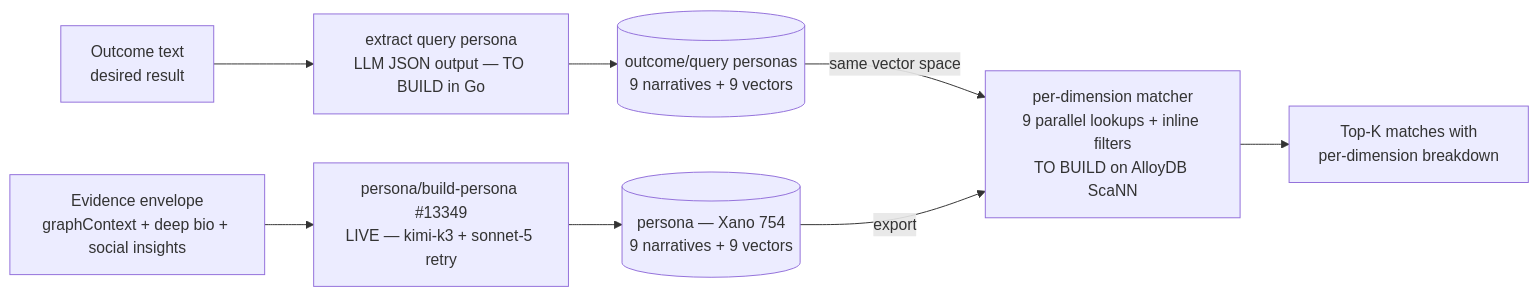
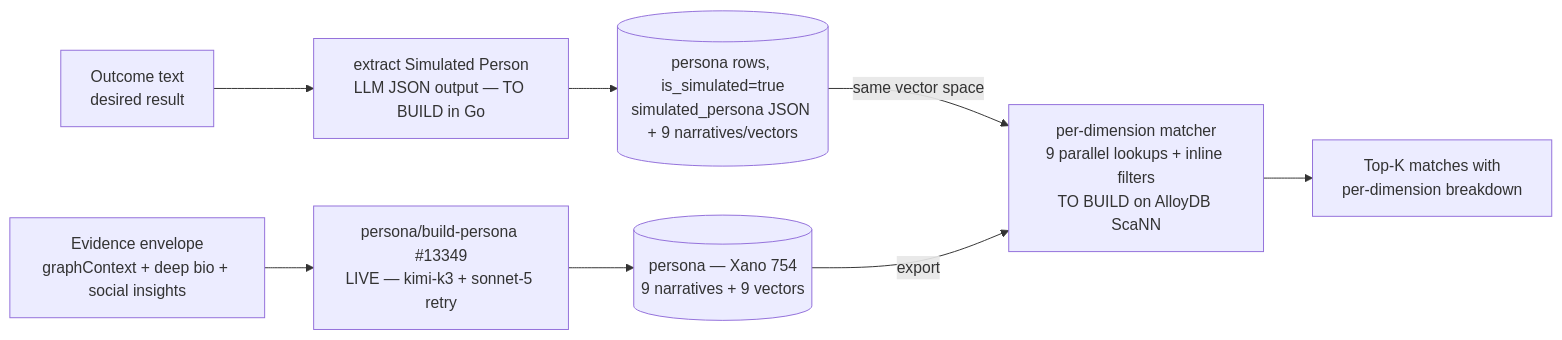
The diagram in guides/open-work/personas.mdx (M-Pederson/docs), drawn with Mermaid before and after one commit. The commit also changed other lines of this file, not shown here.

````diff
--- a/guides/open-work/personas.mdx
+++ b/guides/open-work/personas.mdx
@@ -104,12 +104,12 @@
 ```mermaid
 flowchart LR
-    O[Outcome text<br/>desired result] --> X[extract query persona<br/>LLM JSON output — TO BUILD in Go]
-    X --> OF[(outcome/query personas<br/>9 narratives + 9 vectors)]
+    O[Outcome text<br/>desired result] --> X[extract Simulated Person<br/>LLM JSON output — TO BUILD in Go]
+    X --> OF[(persona rows, is_simulated=true<br/>simulated_persona JSON + 9 narratives/vectors)]
 
     E[Evidence envelope<br/>graphContext + deep bio + social insights] --> R[persona/build-persona #13349<br/>LIVE — kimi-k3 + sonnet-5 retry]
     R --> PF[(persona — Xano 754<br/>9 narratives + 9 vectors)]
 
     OF -->|same vector space| M[per-dimension matcher<br/>9 parallel lookups + inline filters<br/>TO BUILD on AlloyDB ScaNN]
     PF -->|export| M
     M --> RES[Top-K matches with<br/>per-dimension breakdown]
 ```
````
